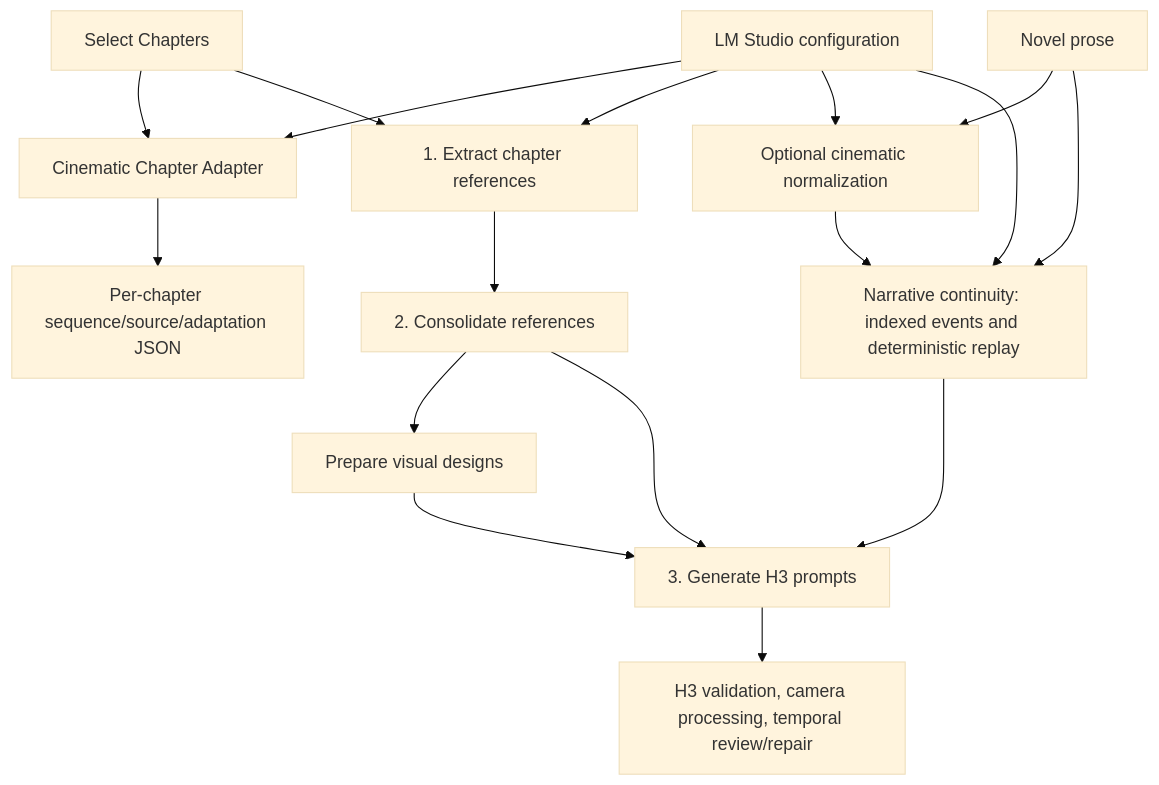
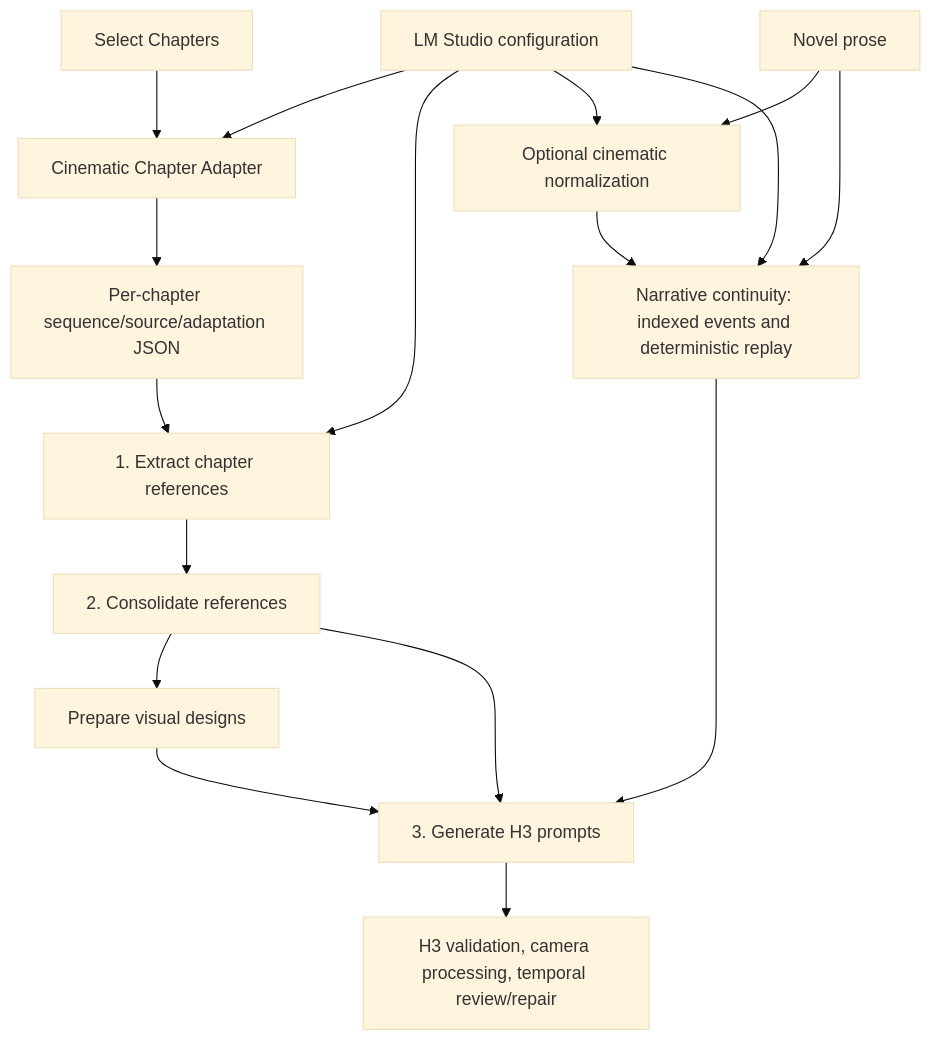
The first of 2 diagrams in docs/architecture.md (yuyuki/ComfyUI-Minimax_H3_Novel_Pipeline), drawn with Mermaid (base theme) before and after one commit. The commit also changed other lines of this file and 10 other files, not shown here.

````diff
--- a/docs/architecture.md
+++ b/docs/architecture.md
@@ -9,19 +9,19 @@
 ```mermaid
 flowchart TD
     selector["Select Chapters"] --> adapter["Cinematic Chapter Adapter"]
     config --> adapter
     adapter --> adapted["Per-chapter sequence/source/adaptation JSON"]
-    selector --> extract
+    adapted --> extract
     config["LM Studio configuration"] --> extract["1. Extract chapter references"]
     extract --> consolidate["2. Consolidate references"]
     consolidate --> designs["Prepare visual designs"]
     designs --> generate["3. Generate H3 prompts"]
     consolidate --> generate
     novel["Novel prose"] --> normalize["Optional cinematic normalization"]
     config --> normalize
     normalize --> state["Narrative continuity: indexed events and deterministic replay"]
     novel --> state
     config --> state
     state --> generate
     generate --> review["H3 validation, camera processing, temporal review/repair"]
 ```
````
